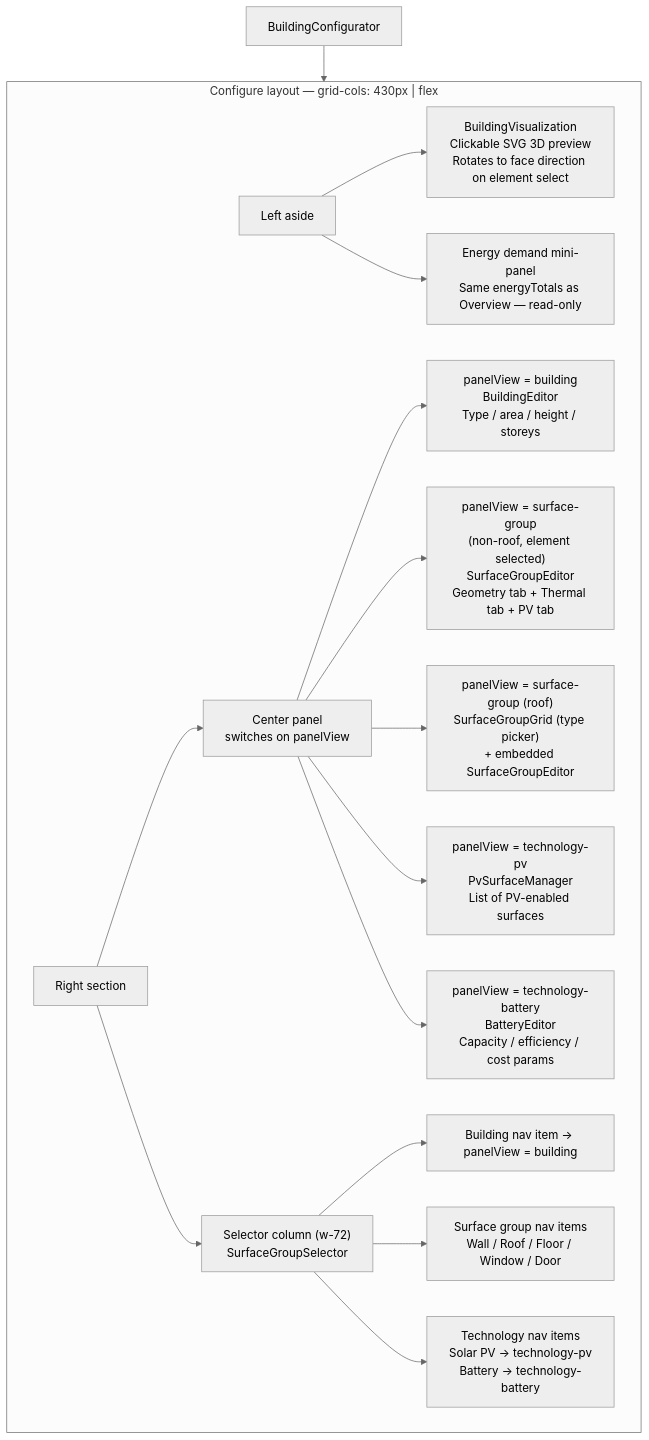
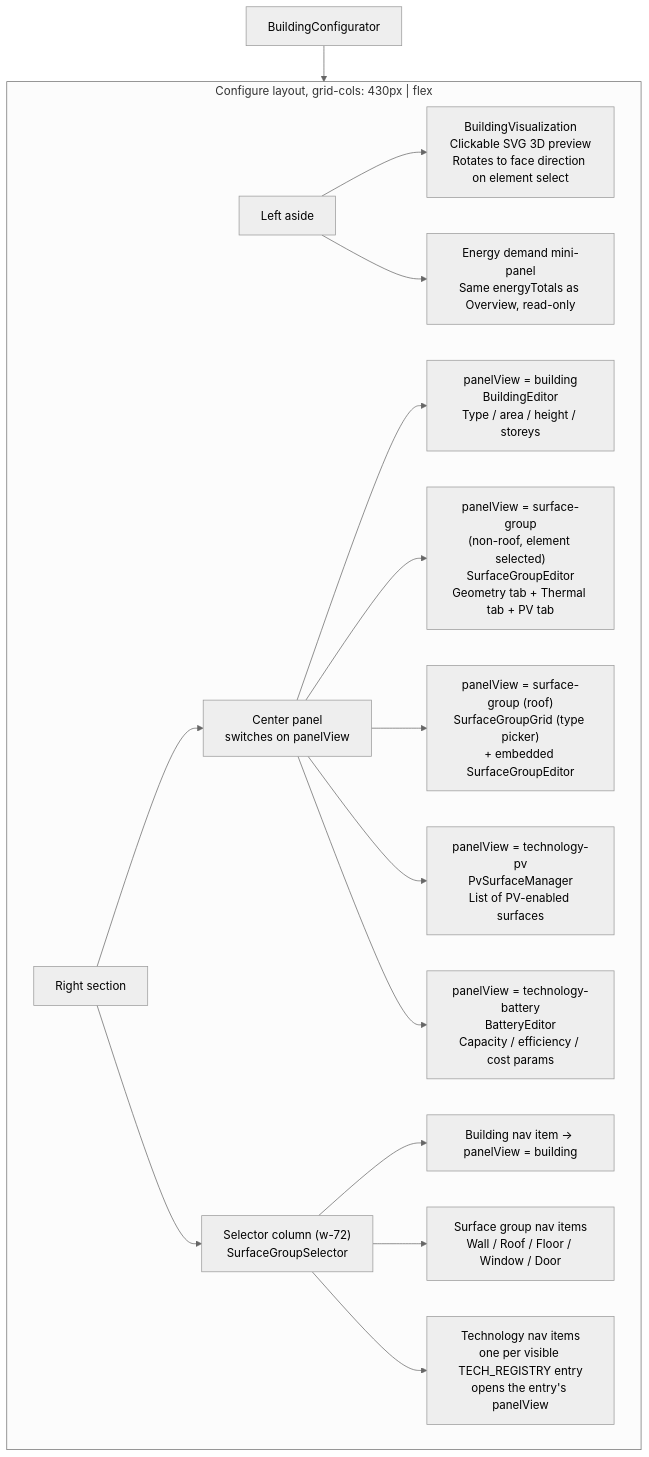
The third of 6 diagrams in docs/architecture.md (THD-Spatial-AI/building-configurator), drawn with Mermaid (neutral theme) before and after one commit. The commit also changed other lines of this file and 4 other files, not shown here.

````diff
--- a/docs/architecture.md
+++ b/docs/architecture.md
@@ -70,27 +71,27 @@
 ```mermaid
 graph TD
     BC["BuildingConfigurator"]
 
-    subgraph CF["Configure layout — grid-cols: 430px | flex"]
+    subgraph CF["Configure layout, grid-cols: 430px | flex"]
         LA["Left aside"]
         RS["Right section"]
 
         LA --> BV["BuildingVisualization<br>Clickable SVG 3D preview<br>Rotates to face direction on element select"]
-        LA --> ED["Energy demand mini-panel<br>Same energyTotals as Overview — read-only"]
+        LA --> ED["Energy demand mini-panel<br>Same energyTotals as Overview, read-only"]
 
         RS --> CP["Center panel<br>switches on panelView"]
         RS --> SC["Selector column (w-72)<br>SurfaceGroupSelector"]
 
         CP --> PB["panelView = building<br>BuildingEditor<br>Type / area / height / storeys"]
         CP --> PSG["panelView = surface-group<br>(non-roof, element selected)<br>SurfaceGroupEditor<br>Geometry tab + Thermal tab + PV tab"]
         CP --> PRG["panelView = surface-group (roof)<br>SurfaceGroupGrid (type picker)<br>+ embedded SurfaceGroupEditor"]
         CP --> PPV["panelView = technology-pv<br>PvSurfaceManager<br>List of PV-enabled surfaces"]
         CP --> PBT["panelView = technology-battery<br>BatteryEditor<br>Capacity / efficiency / cost params"]
 
         SC --> SNav["Building nav item → panelView = building"]
         SC --> SGNav["Surface group nav items<br>Wall / Roof / Floor / Window / Door"]
-        SC --> STNav["Technology nav items<br>Solar PV → technology-pv<br>Battery → technology-battery"]
+        SC --> STNav["Technology nav items<br>one per visible TECH_REGISTRY entry<br>opens the entry's panelView"]
     end
 
     BC --> CF
 ```
````
